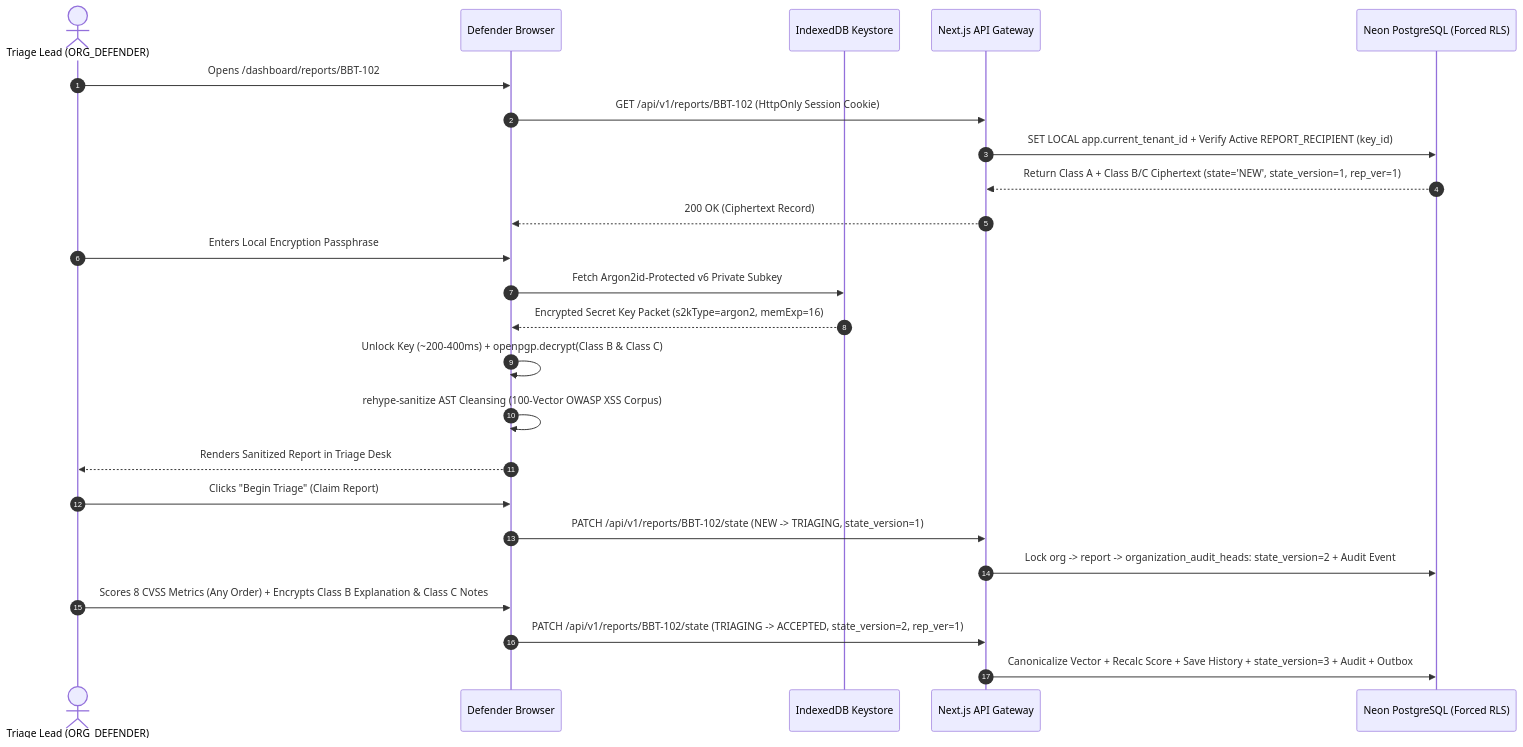
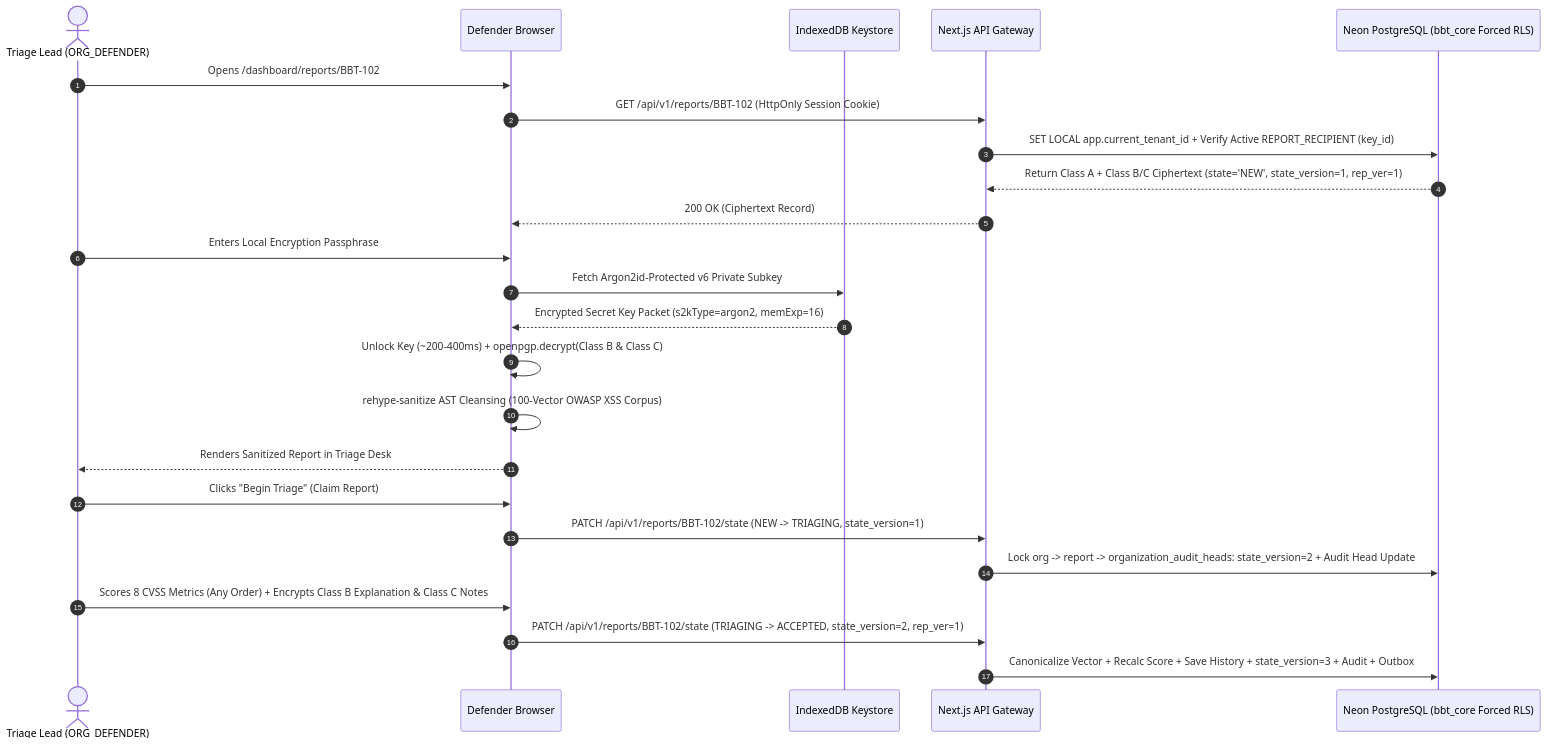
One commit to Taha-Asad/BugBountyTracker changed the third of 4 diagrams in requirements/SRS.md. Above: the diagram before and after it, drawn with Mermaid. The commit also changed other lines of this file and 14 other files, not shown here.

Commit message:
docs(srs): consolidate IEEE 830 SRS to Revision 2.4 (export-verifiable audit proofs, universal event_digest, separated researcher/defender key recovery, 3-tier offboarding, and MiB/GiB capacity budgets)

````diff
--- a/requirements/SRS.md
+++ b/requirements/SRS.md
@@ -591,27 +691,27 @@
 ```mermaid
 sequenceDiagram
     autonumber
     actor Defender as Triage Lead (ORG_DEFENDER)
     participant Browser as Defender Browser
     participant KeyStore as IndexedDB Keystore
     participant Server as Next.js API Gateway
-    participant DB as Neon PostgreSQL (Forced RLS)
+    participant DB as Neon PostgreSQL (bbt_core Forced RLS)
 
     Defender->>Browser: Opens /dashboard/reports/BBT-102
     Browser->>Server: GET /api/v1/reports/BBT-102 (HttpOnly Session Cookie)
     Server->>DB: SET LOCAL app.current_tenant_id + Verify Active REPORT_RECIPIENT (key_id)
     DB-->>Server: Return Class A + Class B/C Ciphertext (state='NEW', state_version=1, rep_ver=1)
     Server-->>Browser: 200 OK (Ciphertext Record)
     Defender->>Browser: Enters Local Encryption Passphrase
     Browser->>KeyStore: Fetch Argon2id-Protected v6 Private Subkey
     KeyStore-->>Browser: Encrypted Secret Key Packet (s2kType=argon2, memExp=16)
     Browser->>Browser: Unlock Key (~200-400ms) + openpgp.decrypt(Class B & Class C)
     Browser->>Browser: rehype-sanitize AST Cleansing (100-Vector OWASP XSS Corpus)
     Browser-->>Defender: Renders Sanitized Report in Triage Desk
     Defender->>Browser: Clicks "Begin Triage" (Claim Report)
     Browser->>Server: PATCH /api/v1/reports/BBT-102/state (NEW -> TRIAGING, state_version=1)
-    Server->>DB: Lock org -> report -> organization_audit_heads: state_version=2 + Audit Event
+    Server->>DB: Lock org -> report -> organization_audit_heads: state_version=2 + Audit Head Update
     Defender->>Browser: Scores 8 CVSS Metrics (Any Order) + Encrypts Class B Explanation & Class C Notes
     Browser->>Server: PATCH /api/v1/reports/BBT-102/state (TRIAGING -> ACCEPTED, state_version=2, rep_ver=1)
     Server->>DB: Canonicalize Vector + Recalc Score + Save History + state_version=3 + Audit + Outbox
 ```
````
